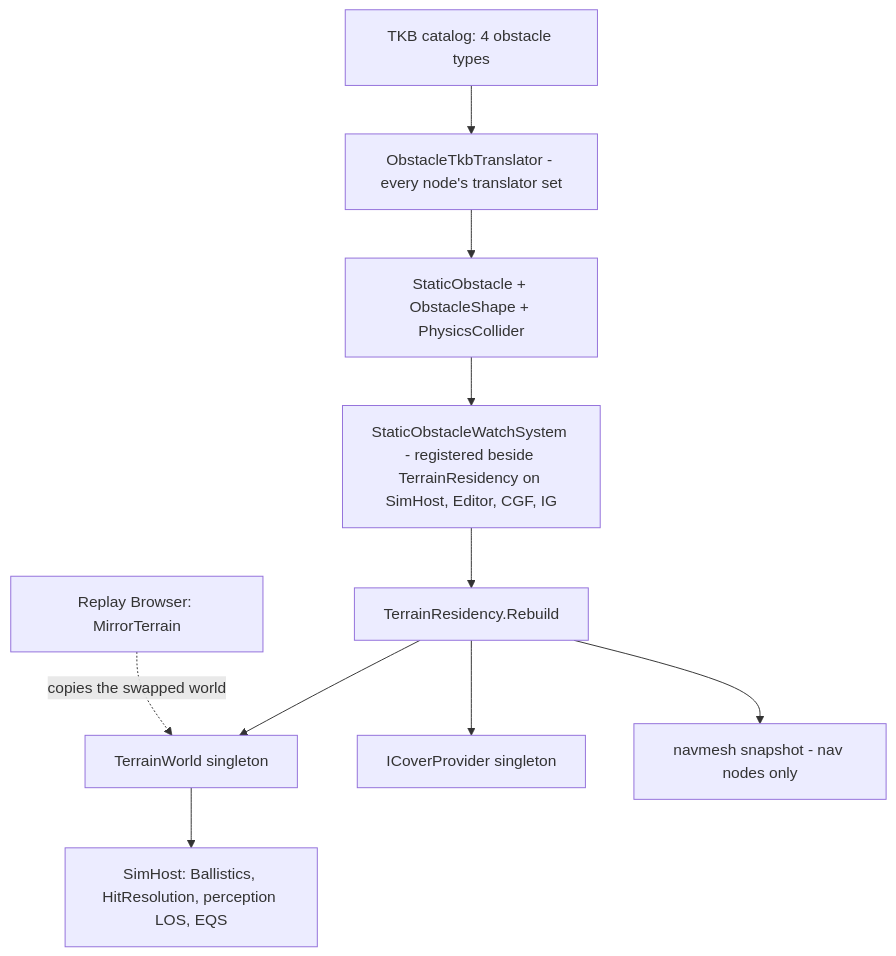
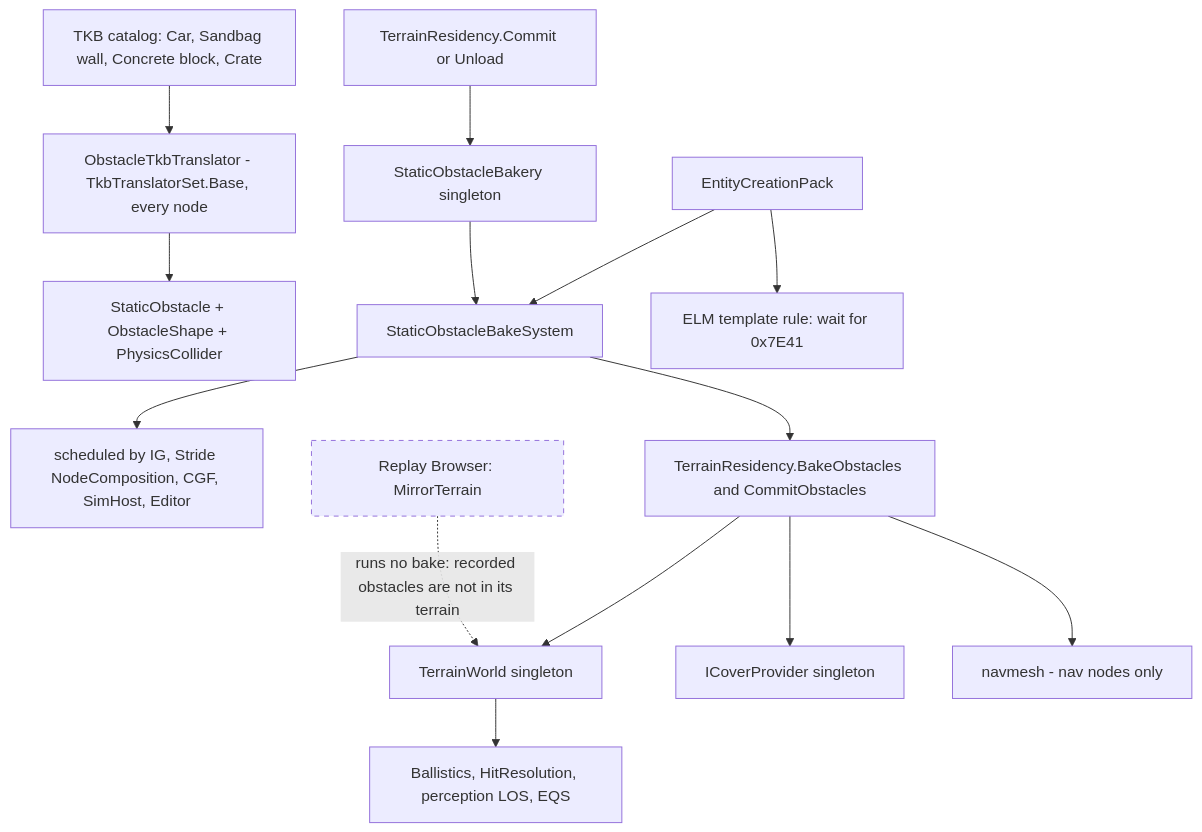
The tenth of 10 diagrams in docs/DESIGN_Peek_And_Fire.md (pjanec/HROT), drawn with Mermaid before and after one commit. The commit also changed other lines of this file and 35 other files, not shown here.

````diff
--- a/docs/DESIGN_Peek_And_Fire.md
+++ b/docs/DESIGN_Peek_And_Fire.md
@@ -428,12 +439,17 @@
 ```mermaid
 graph TD
-  TKB[TKB catalog: 4 obstacle types] --> TR[ObstacleTkbTranslator - every node's translator set]
+  TKB[TKB catalog: Car, Sandbag wall, Concrete block, Crate] --> TR[ObstacleTkbTranslator - TkbTranslatorSet.Base, every node]
   TR --> ENT[StaticObstacle + ObstacleShape + PhysicsCollider]
-  ENT --> WS[StaticObstacleWatchSystem - registered beside TerrainResidency on SimHost, Editor, CGF, IG]
-  WS --> RES[TerrainResidency.Rebuild]
-  RES --> TW[TerrainWorld singleton]
-  RES --> CP[ICoverProvider singleton]
-  RES --> NM[navmesh snapshot - nav nodes only]
-  TW --> SH[SimHost: Ballistics, HitResolution, perception LOS, EQS]
-  RB[Replay Browser: MirrorTerrain] -.->|copies the swapped world| TW
+  PACK[EntityCreationPack] --> BS[StaticObstacleBakeSystem]
+  PACK --> RULE[ELM template rule: wait for 0x7E41]
+  BS --> H1[scheduled by IG, Stride NodeComposition, CGF, SimHost, Editor]
+  RES[TerrainResidency.Commit or Unload] --> BK[StaticObstacleBakery singleton]
+  BK --> BS
+  BS --> RES2[TerrainResidency.BakeObstacles and CommitObstacles]
+  RES2 --> TW[TerrainWorld singleton]
+  RES2 --> CP[ICoverProvider singleton]
+  RES2 --> NM[navmesh - nav nodes only]
+  TW --> SH[Ballistics, HitResolution, perception LOS, EQS]
+  RB[Replay Browser: MirrorTerrain] -.->|runs no bake: recorded obstacles are not in its terrain| TW
+  style RB stroke-dasharray: 5 5
 ```
````
